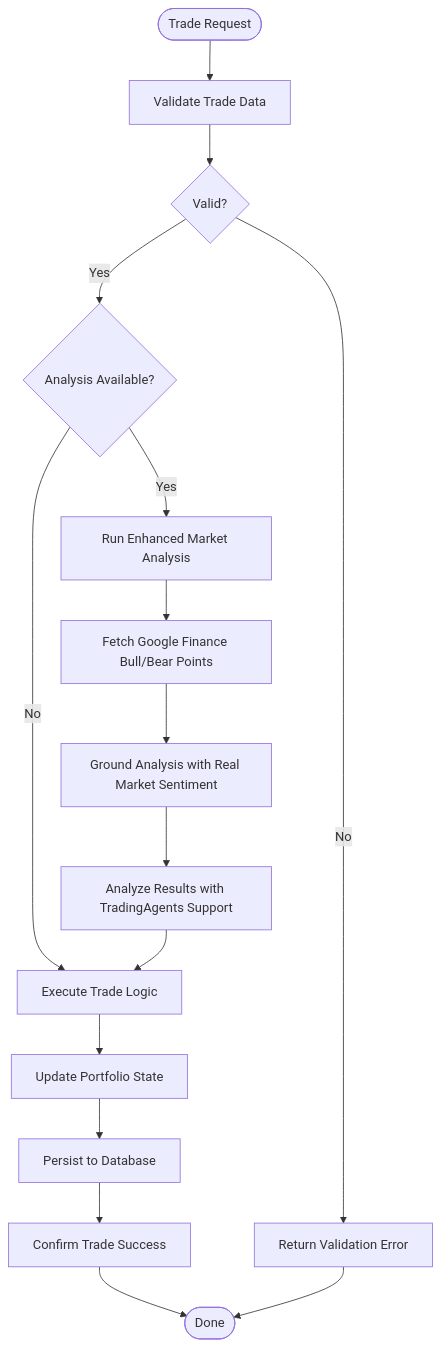
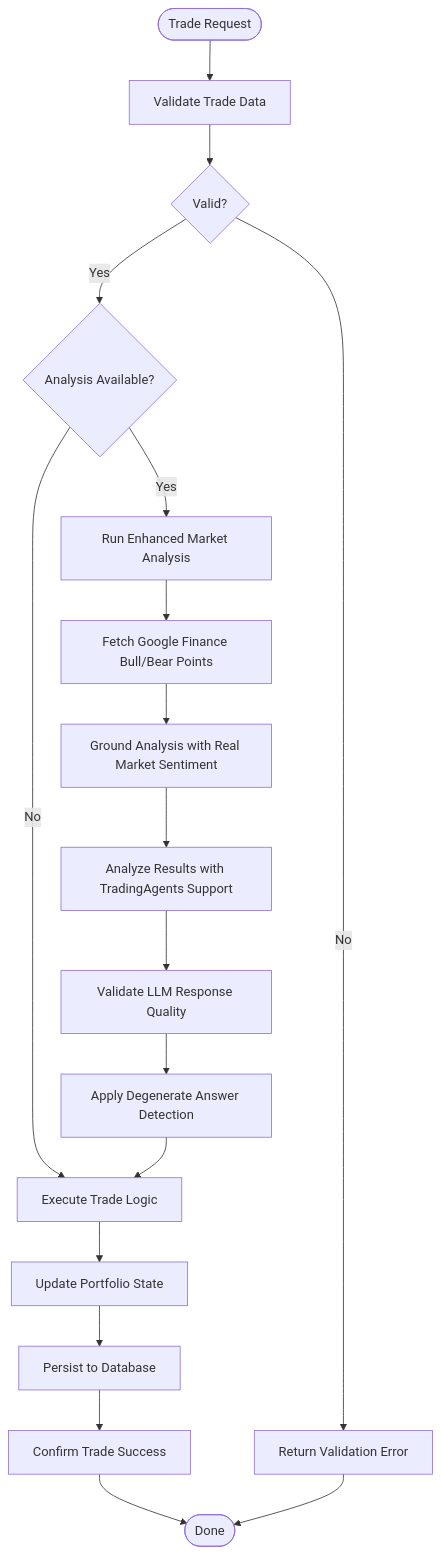
Before and after one commit to ZengSeng/telegram-bot: the seventh of 13 diagrams in .qoder/repowiki/en/content/Core Components/Analysis Framework.md, drawn with Mermaid. The commit also changed other lines of this file and 15 other files, not shown here.

````diff
--- a/.qoder/repowiki/en/content/Core Components/Analysis Framework.md
+++ b/.qoder/repowiki/en/content/Core Components/Analysis Framework.md
@@ -375,18 +396,20 @@
 ```mermaid
 flowchart TD
 Start(["Trade Request"]) --> Validate["Validate Trade Data"]
 Validate --> Valid{"Valid?"}
 Valid --> |No| Error["Return Validation Error"]
 Valid --> |Yes| CheckAnalysis{"Analysis Available?"}
 CheckAnalysis --> |Yes| RunAnalysis["Run Enhanced Market Analysis"]
 CheckAnalysis --> |No| Execute["Execute Trade Logic"]
 RunAnalysis --> GetGFData["Fetch Google Finance Bull/Bear Points"]
 GetGFData --> GroundAnalysis["Ground Analysis with Real Market Sentiment"]
 GroundAnalysis --> AnalyzeResult["Analyze Results with TradingAgents Support"]
-AnalyzeResult --> Execute["Execute Trade Logic"]
+AnalyzeResult --> ValidateLLM["Validate LLM Response Quality"]
+ValidateLLM --> RetryLogic["Apply Degenerate Answer Detection"]
+RetryLogic --> Execute["Execute Trade Logic"]
 Execute --> UpdatePortfolio["Update Portfolio State"]
 UpdatePortfolio --> Persist["Persist to Database"]
 Persist --> Confirm["Confirm Trade Success"]
 Confirm --> End(["Done"])
 Error --> End
 ```
````
